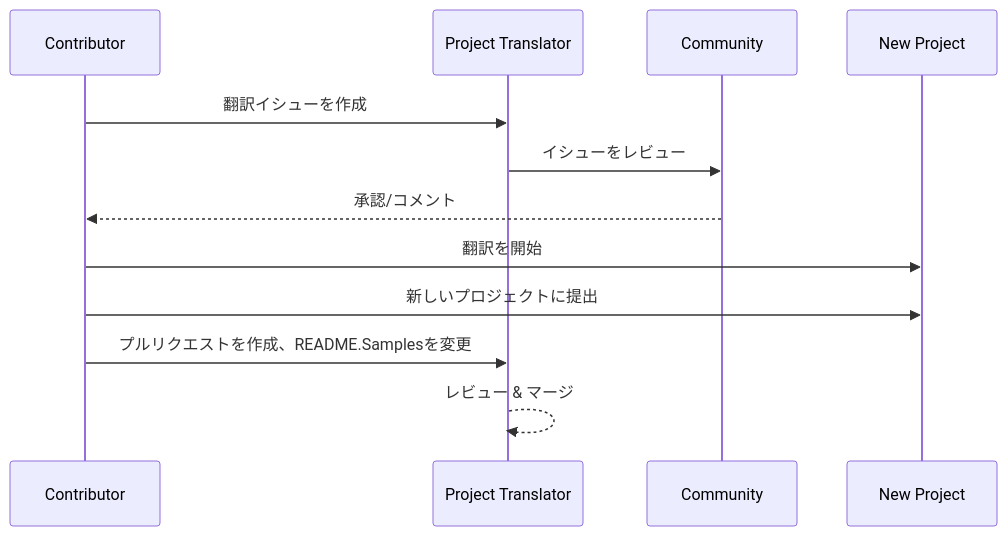
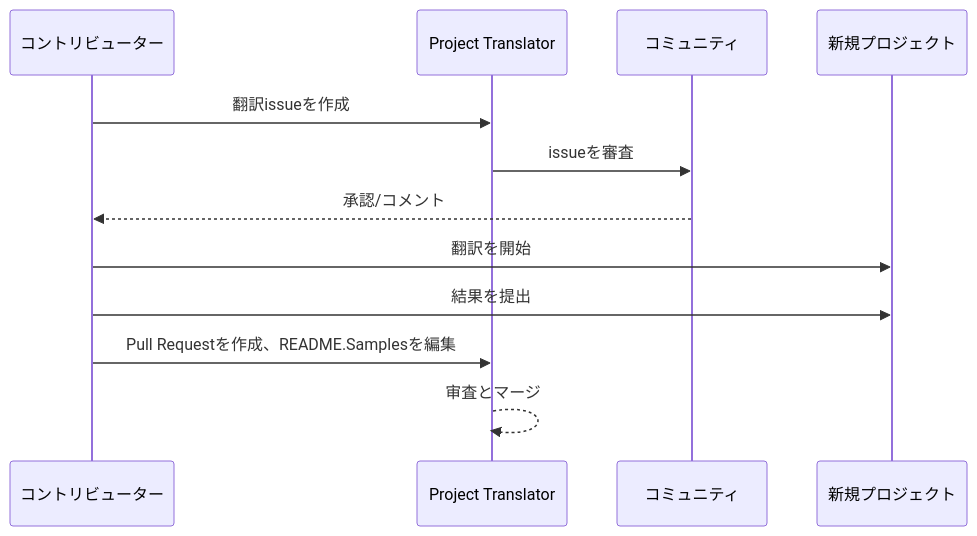
Before and after one commit to Project-Translation/project_translator: the diagram in readmes/README.ja-jp.md, drawn with Mermaid. The commit also changed other lines of this file and 34 other files, not shown here.

````diff
--- a/readmes/README.ja-jp.md
+++ b/readmes/README.ja-jp.md
@@ -42,10 +42,10 @@
 ```mermaid
 sequenceDiagram
-  Contributor->>Project Translator: 翻訳イシューを作成
-  Project Translator->>Community: イシューをレビュー
-  Community-->>Contributor: 承認/コメント
-  Contributor->>New Project: 翻訳を開始
-  Contributor->>New Project: 新しいプロジェクトに提出
-  Contributor->>Project Translator: プルリクエストを作成、README.Samplesを変更
-  Project Translator-->>Project Translator: レビュー & マージ
+  コントリビューター->>Project Translator: 翻訳issueを作成
+  Project Translator->>コミュニティ: issueを審査
+  コミュニティ-->>コントリビューター: 承認/コメント
+  コントリビューター->>新規プロジェクト: 翻訳を開始
+  コントリビューター->>新規プロジェクト: 結果を提出
+  コントリビューター->>Project Translator: Pull Requestを作成、README.Samplesを編集
+  Project Translator-->>Project Translator: 审査とマージ
 ```
````
